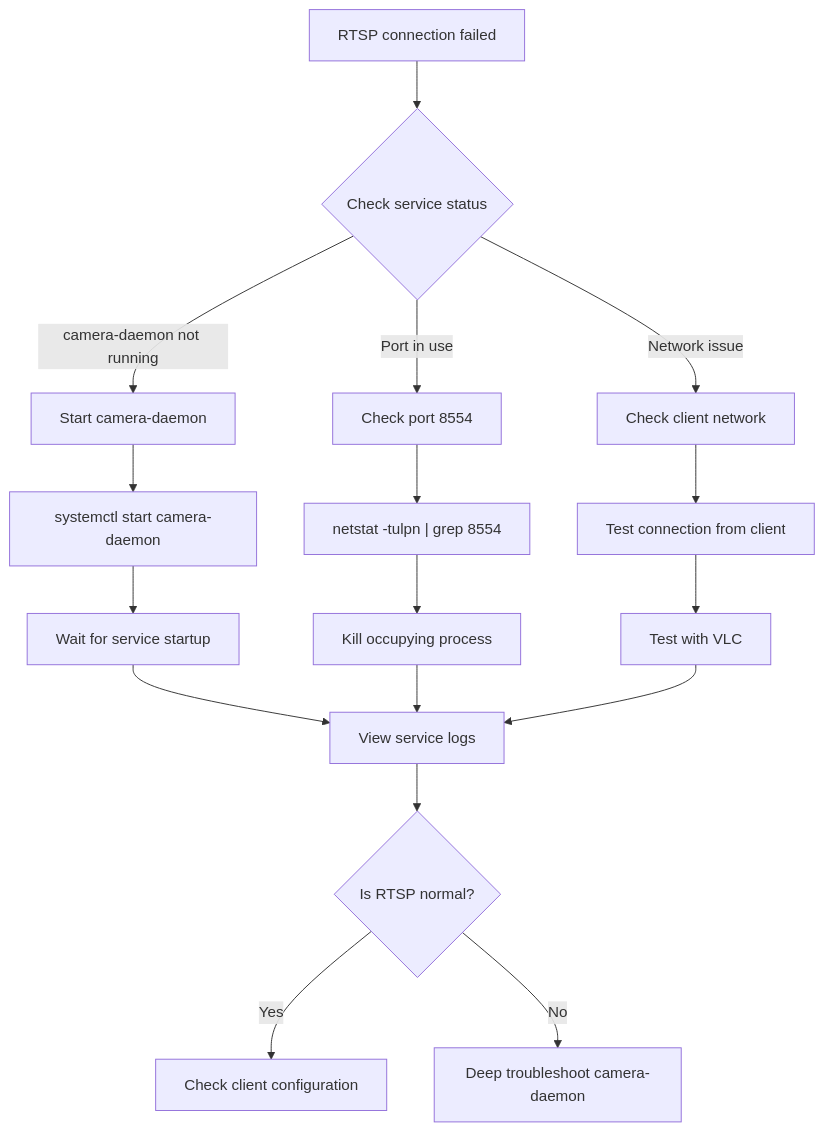
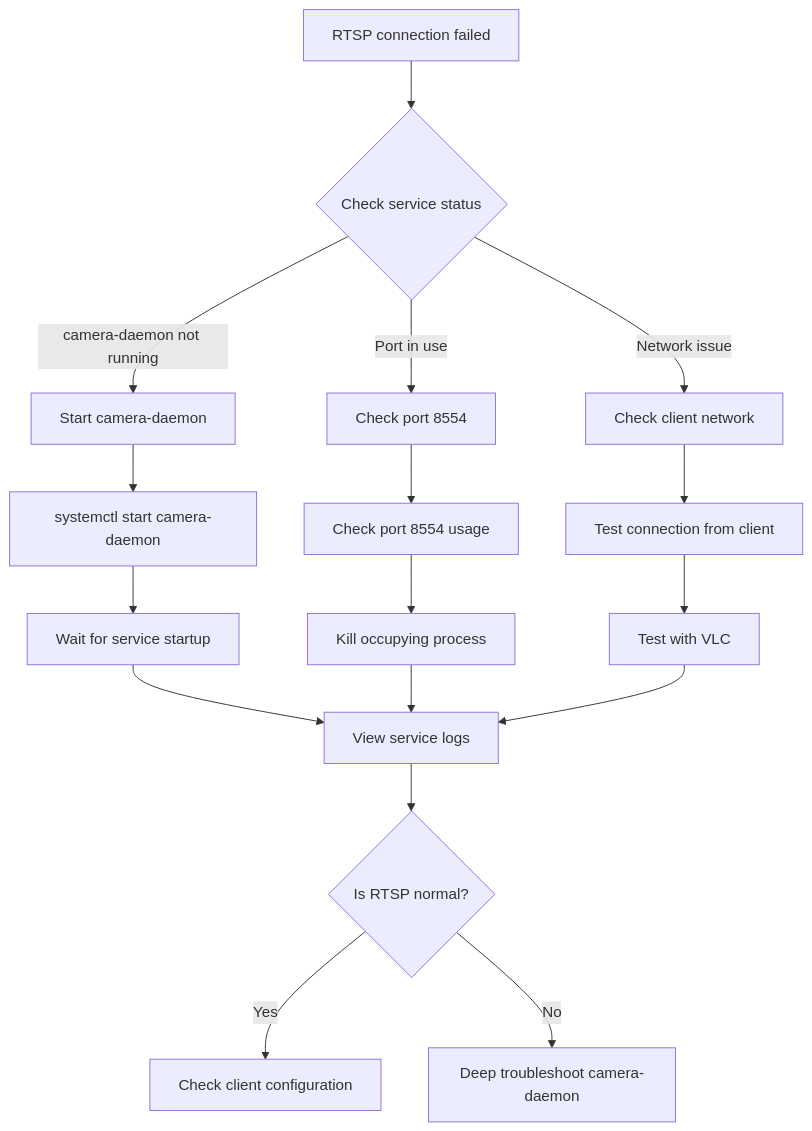
The third of 3 diagrams in i18n/en/docusaurus-plugin-content-docs/current/6-neoeyes-ne503-series/3-software-guide/4-reference/1-troubleshooting.md (luommy/wiki-documents), drawn with Mermaid before and after one commit. The commit also changed other lines of this file and 5 other files, not shown here.

````diff
--- a/i18n/en/docusaurus-plugin-content-docs/current/6-neoeyes-ne503-series/3-software-guide/4-reference/1-troubleshooting.md
+++ b/i18n/en/docusaurus-plugin-content-docs/current/6-neoeyes-ne503-series/3-software-guide/4-reference/1-troubleshooting.md
@@ -311,23 +146,23 @@
 ```mermaid
 flowchart TD
     A["RTSP connection failed"] --> B{"Check service status"}
     B -->|"camera-daemon not running"| C["Start camera-daemon"]
     B -->|"Port in use"| D["Check port 8554"]
     B -->|"Network issue"| E["Check client network"]
 
     C --> F["systemctl start camera-daemon"]
-    D --> G["netstat -tulpn | grep 8554"]
+    D --> G["Check port 8554 usage"]
     E --> H["Test connection from client"]
 
     F --> I["Wait for service startup"]
     G --> J["Kill occupying process"]
     H --> K["Test with VLC"]
 
     I --> L["View service logs"]
     J --> L
     K --> L
 
     L --> M{"Is RTSP normal?"}
     M -->|Yes| N["Check client configuration"]
     M -->|No| O["Deep troubleshoot camera-daemon"]
 ```
````
